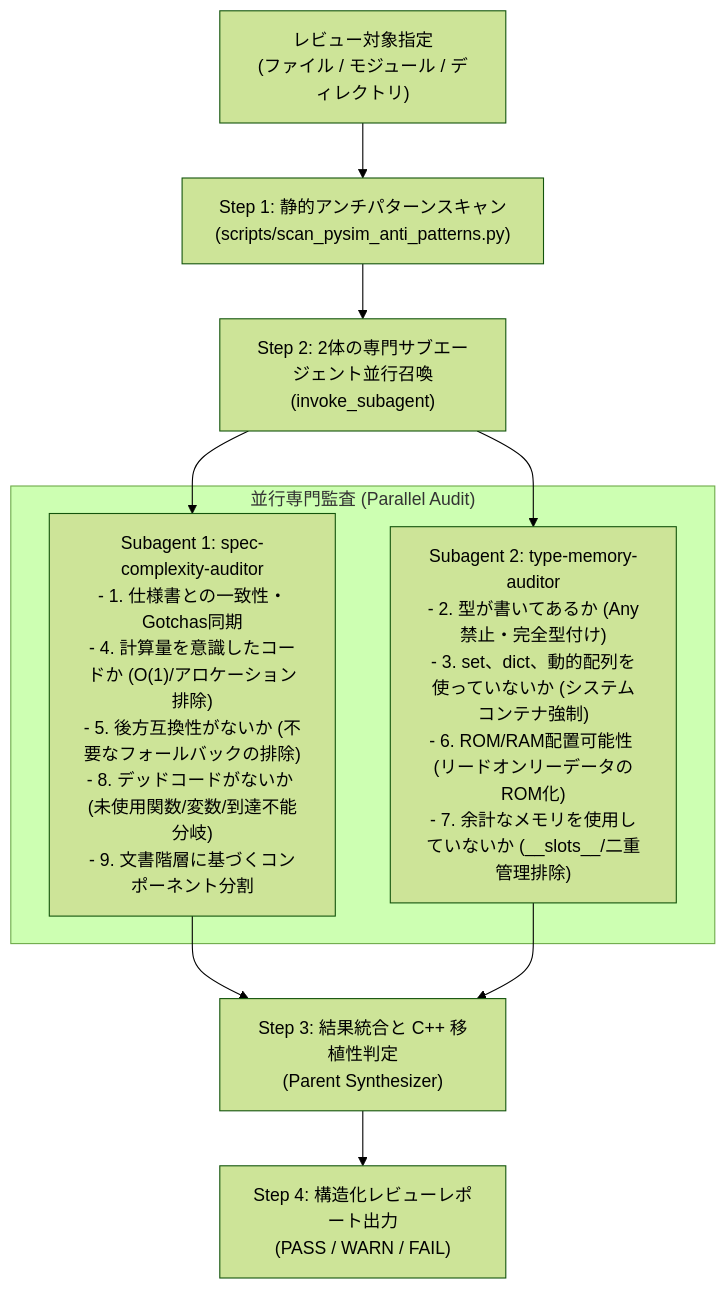
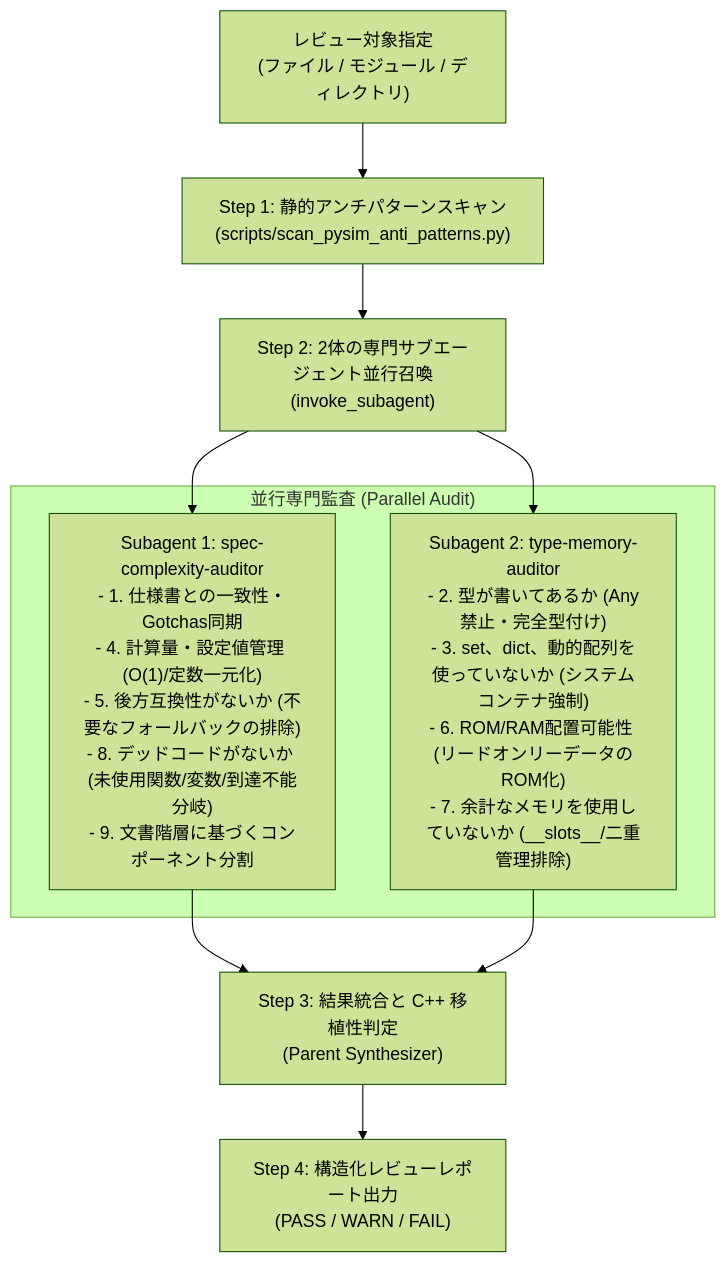
The diagram in .agents/skills/pysim-review/SKILL.md (kmt-t/fireball), drawn with Mermaid (forest theme) before and after one commit. The commit also changed other lines of this file and 40 other files, not shown here.

````diff
--- a/.agents/skills/pysim-review/SKILL.md
+++ b/.agents/skills/pysim-review/SKILL.md
@@ -12,17 +12,17 @@
 ```mermaid
 graph TD
     Target["レビュー対象指定<br/>(ファイル / モジュール / ディレクトリ)"] --> Step1["Step 1: 静的アンチパターンスキャン<br/>(scripts/scan_pysim_anti_patterns.py)"]
     Step1 --> Step2["Step 2: 2体の専門サブエージェント並行召喚<br/>(invoke_subagent)"]
 
     subgraph ParallelAudit["並行専門監査 (Parallel Audit)"]
-       A1["Subagent 1: spec-complexity-auditor<br/>- 1. 仕様書との一致性・Gotchas同期<br/>- 4. 計算量を意識したコードか (O(1)/アロケーション排除)<br/>- 5. 後方互換性がないか (不要なフォールバックの排除)<br/>- 8. デッドコードがないか (未使用関数/変数/到達不能分岐)"]
-        A1["Subagent 1: spec-complexity-auditor<br/>- 1. 仕様書との一致性・Gotchas同期<br/>- 4. 計算量を意識したコードか (O(1)/アロケーション排除)<br/>- 5. 後方互換性がないか (不要なフォールバックの排除)<br/>- 8. デッドコードがないか (未使用関数/変数/到達不能分岐)<br/>- 9. 文書階層に基づくコンポーネント分割"]
+       A1["Subagent 1: spec-complexity-auditor<br/>- 1. 仕様書との一致性・Gotchas同期<br/>- 4. 計算量・設定値管理 (O(1)/定数一元化)<br/>- 5. 後方互換性がないか (不要なフォールバックの排除)<br/>- 8. デッドコードがないか (未使用関数/変数/到達不能分岐)"]
+        A1["Subagent 1: spec-complexity-auditor<br/>- 1. 仕様書との一致性・Gotchas同期<br/>- 4. 計算量・設定値管理 (O(1)/定数一元化)<br/>- 5. 後方互換性がないか (不要なフォールバックの排除)<br/>- 8. デッドコードがないか (未使用関数/変数/到達不能分岐)<br/>- 9. 文書階層に基づくコンポーネント分割"]
         A2["Subagent 2: type-memory-auditor<br/>- 2. 型が書いてあるか (Any禁止・完全型付け)<br/>- 3. set、dict、動的配列を使っていないか (システムコンテナ強制)<br/>- 6. ROM/RAM配置可能性 (リードオンリーデータのROM化)<br/>- 7. 余計なメモリを使用していないか (__slots__/二重管理排除)"]
     end
 
     Step2 --> A1
     Step2 --> A2
     A1 --> Step3["Step 3: 結果統合と C++ 移植性判定<br/>(Parent Synthesizer)"]
     A2 --> Step3
     Step3 --> Output["Step 4: 構造化レビューレポート出力<br/>(PASS / WARN / FAIL)"]
 ```
````
